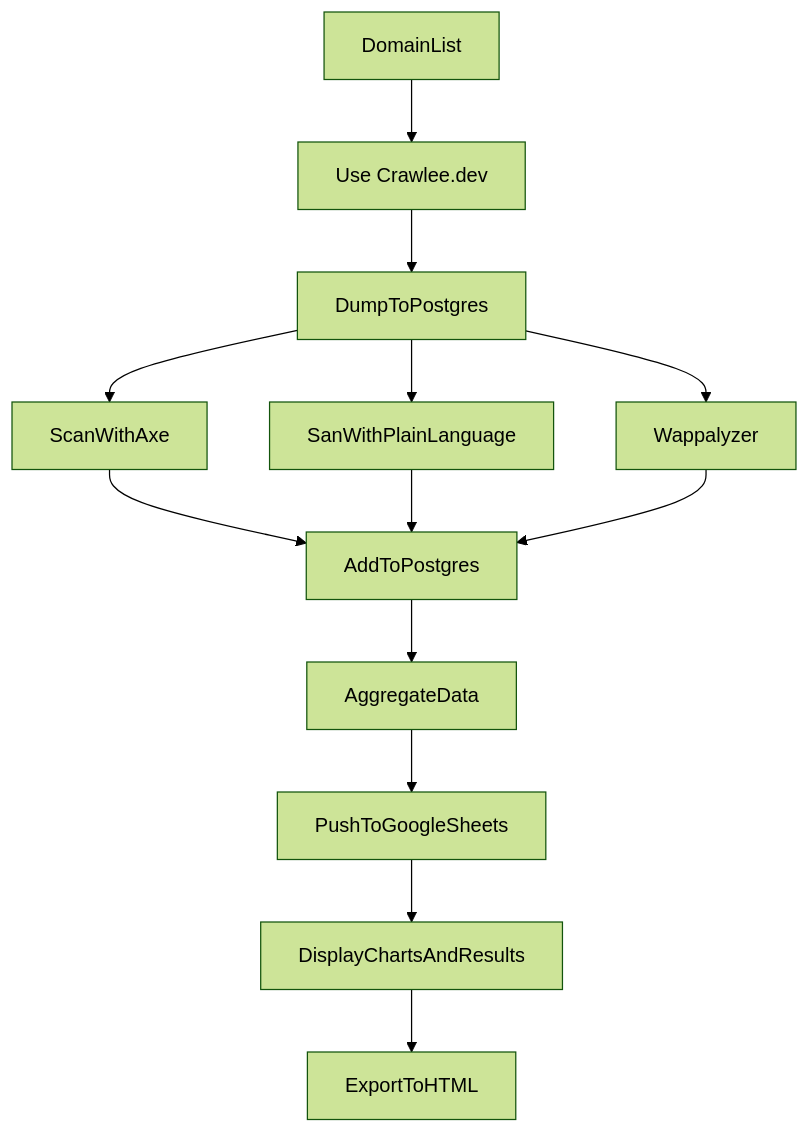
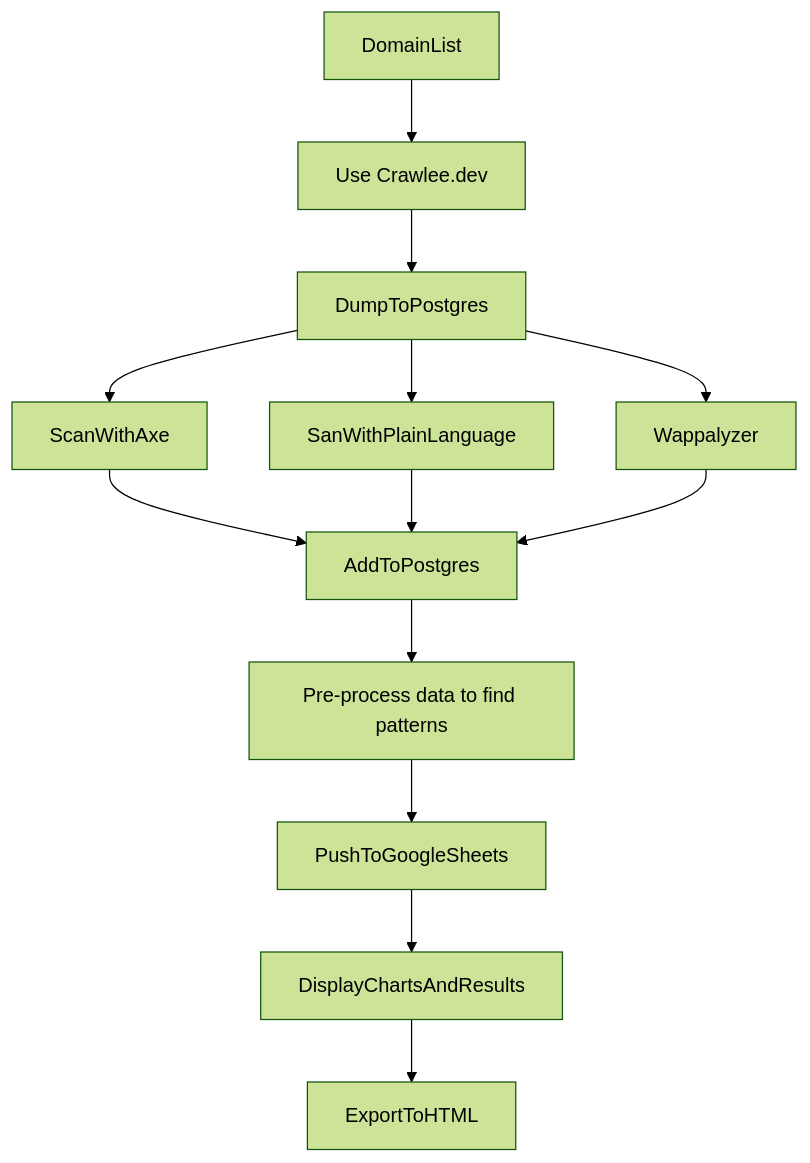
Before and after one commit to mgifford/mermaid-graphs: the first of 2 diagrams in a11y-data-crawls.md, drawn with Mermaid (forest theme).

Commit message:
Update chart

````diff
--- a/a11y-data-crawls.md
+++ b/a11y-data-crawls.md
@@ -5,15 +5,15 @@
 ```mermaid
 graph TD
     DomainList-->Crawl4URLs;
     Crawl4URLs[Use Crawlee.dev]-->DumpToPostgres;
     DumpToPostgres-->ScanWithAxe;
     DumpToPostgres-->SanWithPlainLanguage;
     DumpToPostgres--> Wappalyzer;
     ScanWithAxe-->AddToPostgres;
     SanWithPlainLanguage-->AddToPostgres;
     Wappalyzer-->AddToPostgres;
-    AddToPostgres-->AggregateData
+    AddToPostgres-->AggregateData["Pre-process data to find patterns"]
     AggregateData-->PushToGoogleSheets;
     PushToGoogleSheets-->DisplayChartsAndResults;
     DisplayChartsAndResults-->ExportToHTML;
 ```
````
